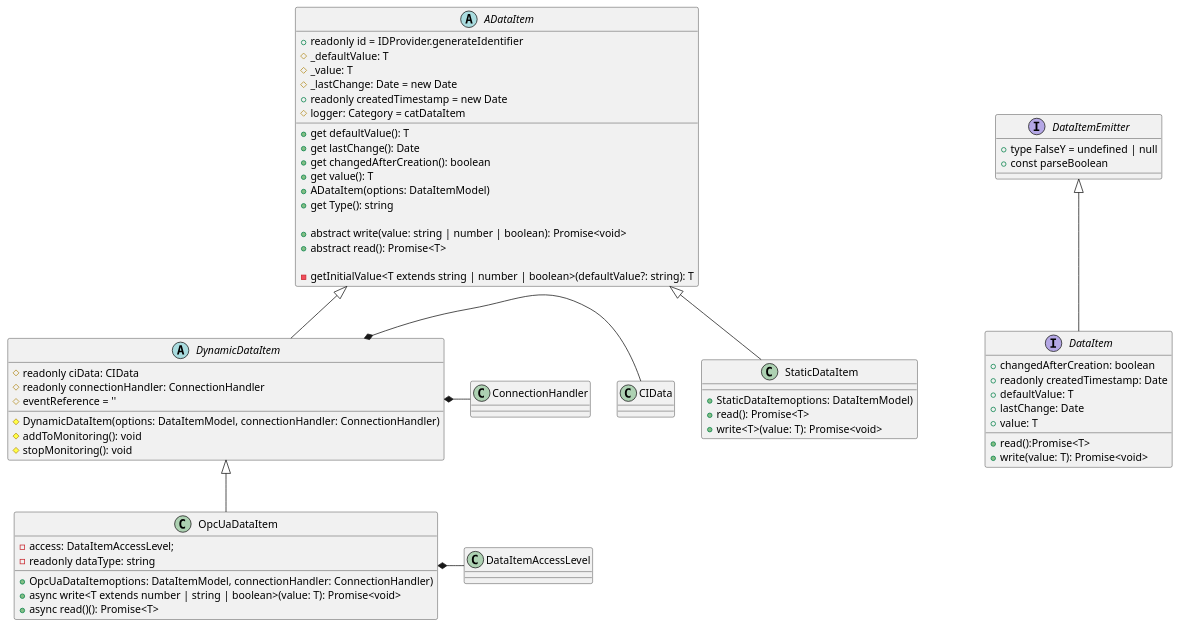
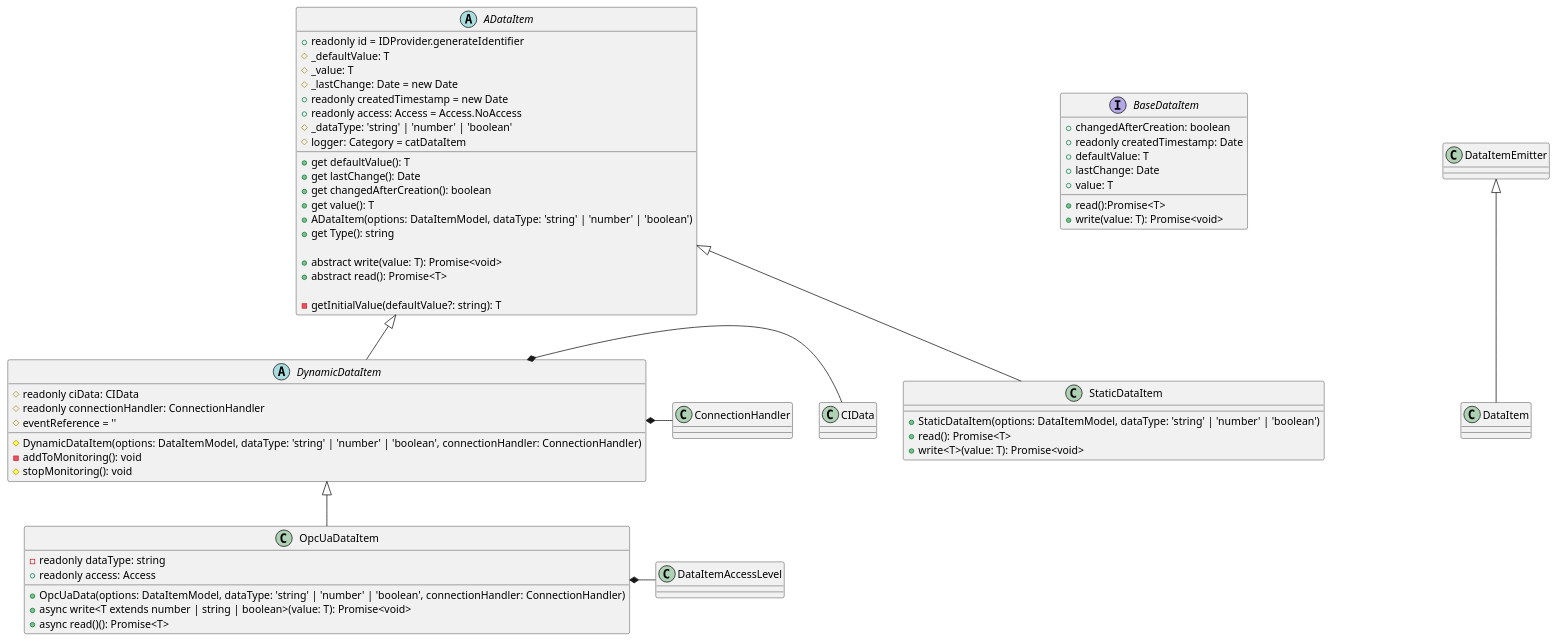
The diagram in src/modularPlantManager/pea/dataAssembly/dataItem/DataItem.puml (p2o-lab/polaris-backend), drawn with PlantUML before and after one commit. The commit also changed 1 other file, not shown here.

Commit message:
updated definitions of .puml files (./dataItem)

```diff
--- a/src/modularPlantManager/pea/dataAssembly/dataItem/DataItem.puml
+++ b/src/modularPlantManager/pea/dataAssembly/dataItem/DataItem.puml
@@ -26,75 +26,73 @@
 @startuml
 'https://plantuml.com/class-diagram
 
-interface DataItem{
+interface BaseDataItem{
     + changedAfterCreation: boolean
 	+ readonly createdTimestamp: Date
 	+ defaultValue: T
 	+ lastChange: Date
 	+ value: T
 	+ read():Promise<T>
 	+ write(value: T): Promise<void>
 }
 
-interface DataItemEmitter{
-    + type FalseY = undefined | null
-    + const parseBoolean
-}
 
 abstract class ADataItem{
     + readonly id = IDProvider.generateIdentifier
     # _defaultValue: T
     # _value: T
     # _lastChange: Date = new Date
     + readonly createdTimestamp = new Date
+    + readonly access: Access = Access.NoAccess
+    # _dataType: 'string' | 'number' | 'boolean'
 	# logger: Category = catDataItem
 
 	+ get defaultValue(): T
 	+ get lastChange(): Date
 	+ get changedAfterCreation(): boolean
 	+ get value(): T
-	+ ADataItem(options: DataItemModel)
+	+ ADataItem(options: DataItemModel, dataType: 'string' | 'number' | 'boolean')
 	+ get Type(): string
 
-    + abstract write(value: string | number | boolean): Promise<void>
+    + abstract write(value: T): Promise<void>
     + abstract read(): Promise<T>
 
-    -  getInitialValue<T extends string | number | boolean>(defaultValue?: string): T
+    -  getInitialValue(defaultValue?: string): T
 
 }
 DataItemEmitter <|-- DataItem
 
 class StaticDataItem{
-    + StaticDataItemoptions: DataItemModel)
+    + StaticDataItem(options: DataItemModel, dataType: 'string' | 'number' | 'boolean')
     + read(): Promise<T>
     + write<T>(value: T): Promise<void>
 }
 ADataItem<|-- StaticDataItem
 
 abstract class DynamicDataItem{
        # readonly ciData: CIData
        # readonly connectionHandler: ConnectionHandler
        # eventReference = ''
 
-       # DynamicDataItem(options: DataItemModel, connectionHandler: ConnectionHandler)
-       # addToMonitoring(): void
+       # DynamicDataItem(options: DataItemModel, dataType: 'string' | 'number' | 'boolean', connectionHandler: ConnectionHandler)
+       - addToMonitoring(): void
        # stopMonitoring(): void
 
 }
 DynamicDataItem *- CIData
 DynamicDataItem *- ConnectionHandler
 ADataItem<|-- DynamicDataItem
 
 class OpcUaDataItem{
-	- access: DataItemAccessLevel;
-	-readonly dataType: string
+	- readonly dataType: string
+	+ readonly access: Access
 
-	+ OpcUaDataItemoptions: DataItemModel, connectionHandler: ConnectionHandler)
+	+ OpcUaData(options: DataItemModel, dataType: 'string' | 'number' | 'boolean', connectionHandler: ConnectionHandler)
     + async write<T extends number | string | boolean>(value: T): Promise<void>
     + async read()(): Promise<T>
 }
 OpcUaDataItem *- DataItemAccessLevel
 DynamicDataItem <|-- OpcUaDataItem
 
 
 @enduml
```
